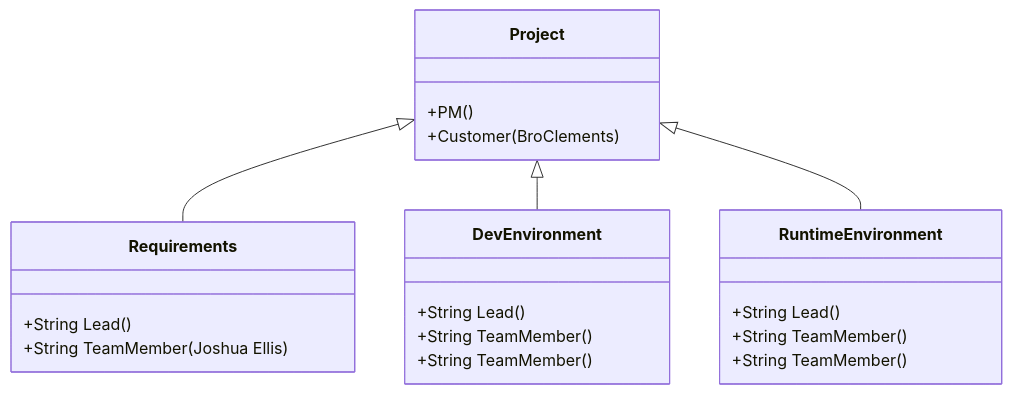
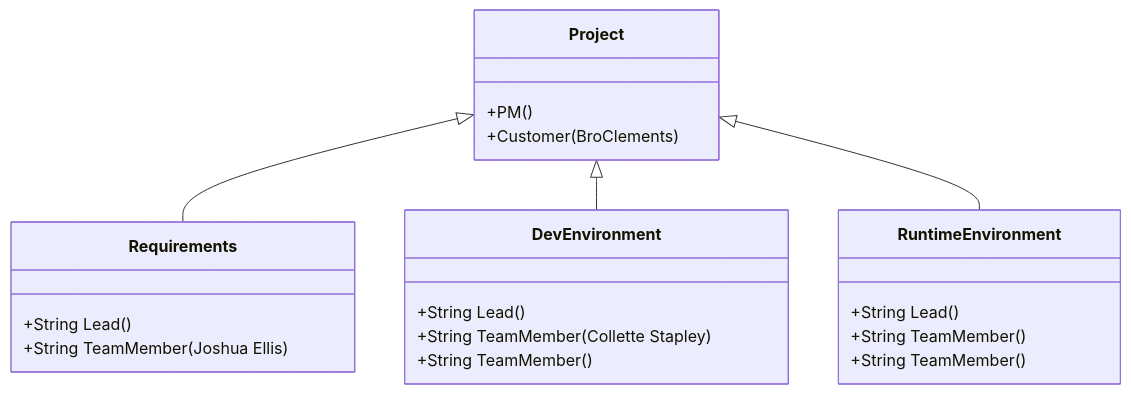
The first of 2 diagrams in project/org/OrganizationChart.md (anrj2/2024SprCSE397PCP), drawn with Mermaid before and after one commit. The commit also changed other lines of this file, not shown here.

````diff
--- a/project/org/OrganizationChart.md
+++ b/project/org/OrganizationChart.md
@@ -2,23 +2,23 @@
 ```mermaid
 classDiagram
       Project <|-- Requirements
       Project <|-- DevEnvironment
       Project <|-- RuntimeEnvironment
       Project : +PM()
       Project : +Customer(BroClements)
       class Requirements{
           +String Lead()
           +String TeamMember(Joshua Ellis)
 
       }
       class DevEnvironment{
           +String Lead()
-          +String TeamMember()
+          +String TeamMember(Collette Stapley)
           +String TeamMember()
       }
       class RuntimeEnvironment{
           +String Lead()
           +String TeamMember()
           +String TeamMember()
       }
 ```
````
